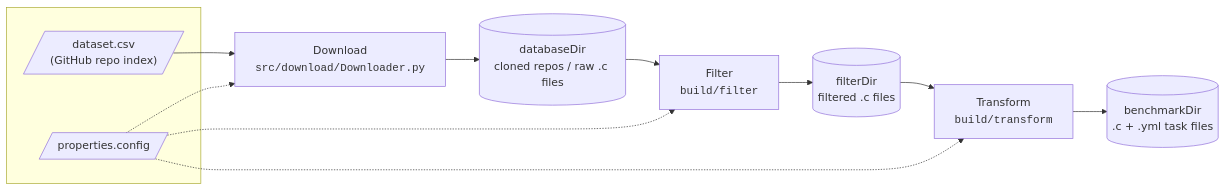
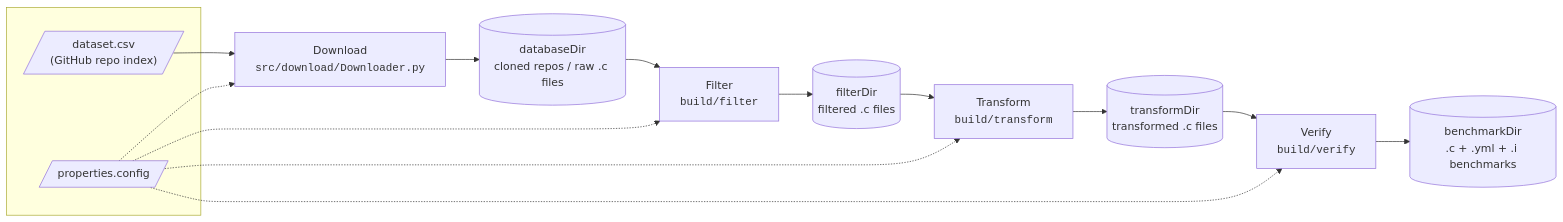
The first of 2 diagrams in docs/Design.md (unl-pal/argv-c-transformer), drawn with Mermaid before and after one commit. The commit also changed other lines of this file and 36 other files, not shown here.

Commit message:
post-transform verify stage

````diff
--- a/docs/Design.md
+++ b/docs/Design.md
@@ -15,26 +17,31 @@
 ```mermaid
 flowchart LR
     subgraph inputs[" "]
         CSV[/"dataset.csv<br/>(GitHub repo index)"/]
         CFG[/"properties.config"/]
     end
 
     DL["Download<br/><code>src/download/Downloader.py</code>"]
     FI["Filter<br/><code>build/filter</code>"]
     TR["Transform<br/><code>build/transform</code>"]
+    VF["Verify<br/><code>build/verify</code>"]
 
     DB[("databaseDir<br/>cloned repos / raw .c files")]
     FD[("filterDir<br/>filtered .c files")]
-    BM[("benchmarkDir<br/>.c + .yml task files")]
+    TD[("transformDir<br/>transformed .c files")]
+    BM[("benchmarkDir<br/>.c + .yml + .i benchmarks")]
 
     CSV --> DL
     DL --> DB
     DB --> FI
     FI --> FD
     FD --> TR
-    TR --> BM
+    TR --> TD
+    TD --> VF
+    VF --> BM
 
     CFG -.-> DL
     CFG -.-> FI
     CFG -.-> TR
+    CFG -.-> VF
 ```
````
